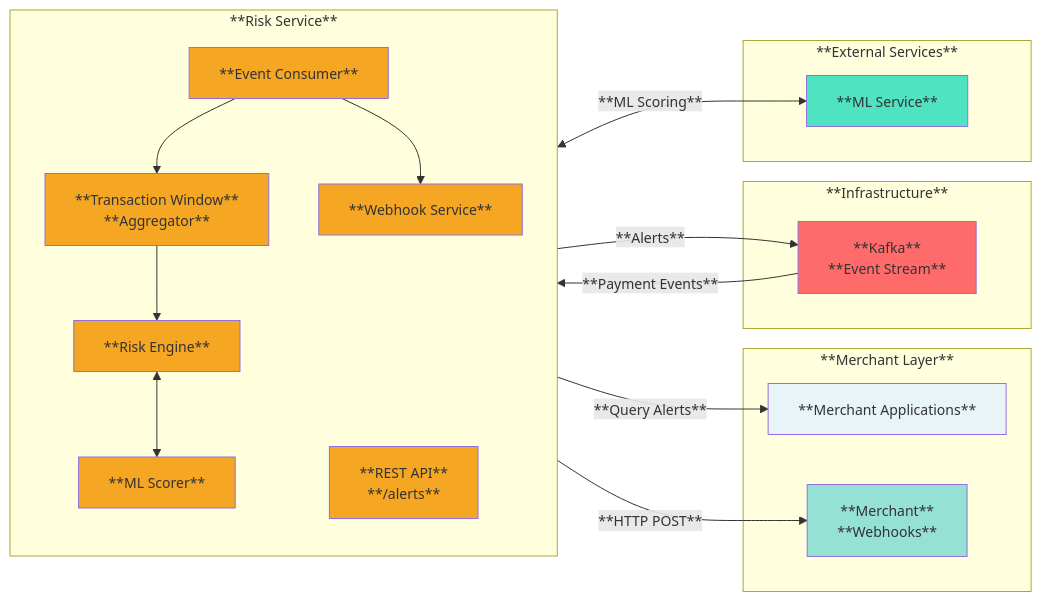
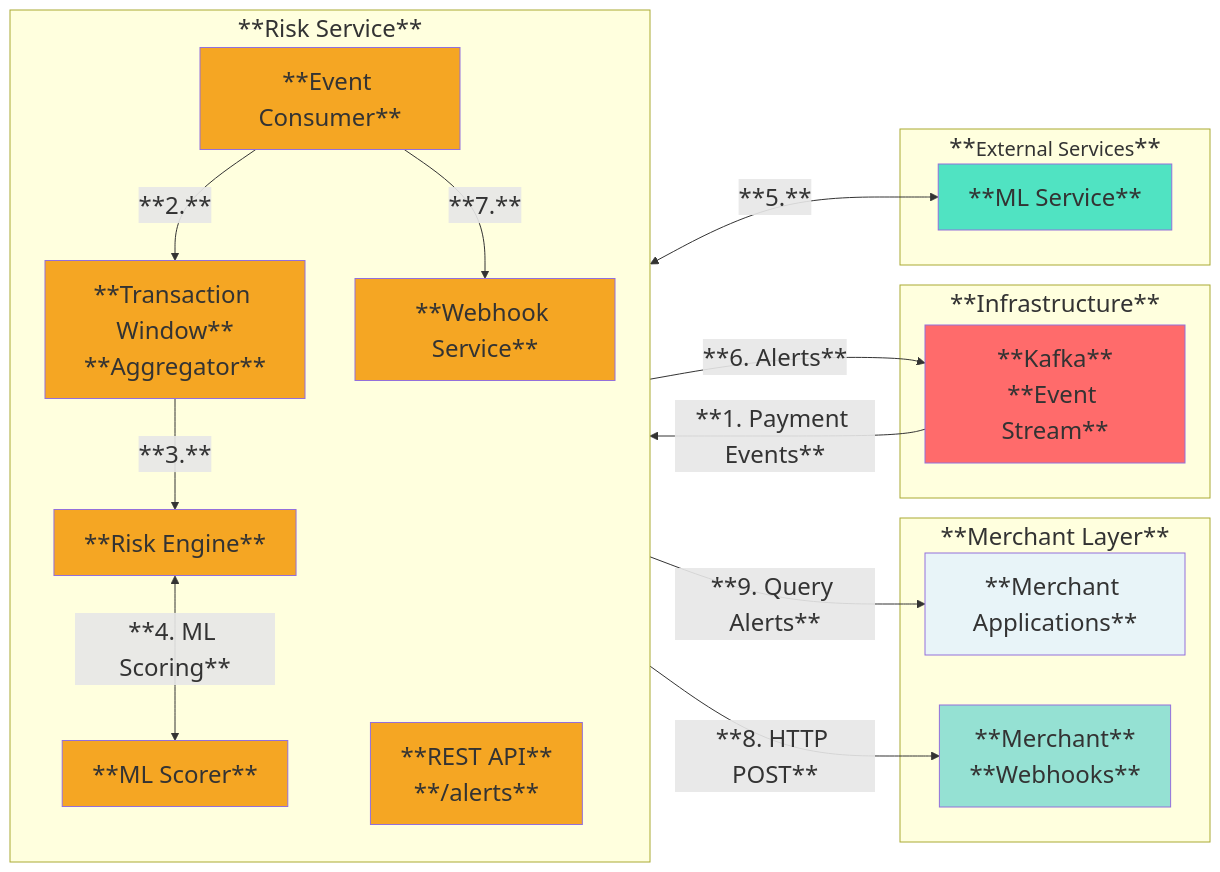
One commit to mehal1/payment-integration-framework changed the second of 2 diagrams in README.md. Above: the diagram before and after it, drawn with Mermaid. The commit also changed other lines of this file, not shown here.

Commit message:
feat: updated design digrams

````diff
--- a/README.md
+++ b/README.md
@@ -159,55 +169,51 @@
 ```mermaid
 ---
 config:
   themeVariables:
-    fontSize: 14px
+    fontSize: 24px
     fontFamily: ''
     primaryTextColor: '#000000'
     lineColor: '#333333'
   layout: dagre
 ---
-graph LR
-    subgraph ML["**Merchant Layer**"]
-        MerchantApps[**Merchant Applications**]
-        MerchantWebhooks[**Merchant**<br/>**Webhooks**]
-    end
+flowchart LR
+ subgraph ML["**Merchant Layer**"]
+        MerchantApps["**Merchant Applications**"]
+        MerchantWebhooks["**Merchant**<br>**Webhooks**"]
+  end
+ subgraph RS["**Risk Service**"]
+    direction TB
+        Consumer["**Event Consumer**"]
+        Aggregator["**Transaction Window**<br>**Aggregator**"]
+        RiskEngine["**Risk Engine**"]
+        MLScorer["**ML Scorer**"]
+        WebhookService["**Webhook Service**"]
+        AlertAPI["**REST API**<br>**/alerts**"]
+  end
+ subgraph DL["**Infrastructure**"]
+        Kafka["**Kafka**<br>**Event Stream**"]
+  end
+ subgraph ES["**<small>External Services</small>**"]
+        MLService["**ML Service**"]
+  end
+    Kafka -- "**1. Payment Events**" --> Consumer
+    Consumer -- "**2.**" --> Aggregator
+    Aggregator -- "**3.**" --> RiskEngine
+    RiskEngine <-- "**4. ML Scoring**" --> MLScorer
+    MLScorer <-- "**5.**" --> MLService
+    Consumer -- "**6. Alerts**" --> Kafka
+    Consumer -- "**7.**" --> WebhookService
+    WebhookService -- "**8. HTTP POST**" --> MerchantWebhooks
+    AlertAPI -- "**9. Query Alerts**" --> MerchantApps
 
-    subgraph RS["**Risk Service**"]
-        direction TB
-        Consumer[**Event Consumer**]
-        Aggregator[**Transaction Window**<br/>**Aggregator**]
-        RiskEngine[**Risk Engine**]
-        MLScorer[**ML Scorer**]
-        WebhookService[**Webhook Service**]
-        AlertAPI[**REST API**<br/>**/alerts**]
-        Consumer --> Aggregator
-        Aggregator --> RiskEngine
-        RiskEngine <--> MLScorer
-        Consumer --> WebhookService
-    end
-
-    subgraph DL["**Infrastructure**"]
-        Kafka[**Kafka**<br/>**Event Stream**]
-    end
-
-    subgraph ES["**External Services**"]
-        MLService[**ML Service**]
-    end
-
-    Kafka -->|**Payment Events**| Consumer
-    MLScorer <-->|**ML Scoring**| MLService
-    Consumer -->|**Alerts**| Kafka
-    WebhookService -->|**HTTP POST**| MerchantWebhooks
-    AlertAPI -->|**Query Alerts**| MerchantApps
-
-    style RiskEngine fill:#F5A623
-    style WebhookService fill:#F5A623
+    style MerchantApps fill:#E8F4F8
+    style MerchantWebhooks fill:#95E1D3
     style Consumer fill:#F5A623
     style Aggregator fill:#F5A623
+    style RiskEngine fill:#F5A623
     style MLScorer fill:#F5A623
+    style WebhookService fill:#F5A623
     style AlertAPI fill:#F5A623
     style Kafka fill:#FF6B6B
     style MLService fill:#50E3C2
-    style MerchantWebhooks fill:#95E1D3
-    style MerchantApps fill:#E8F4F8
 ```
````
